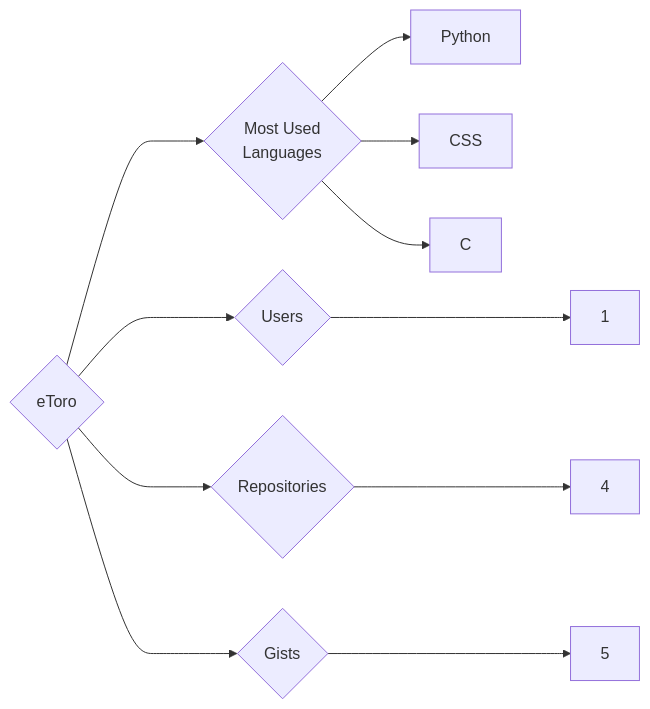
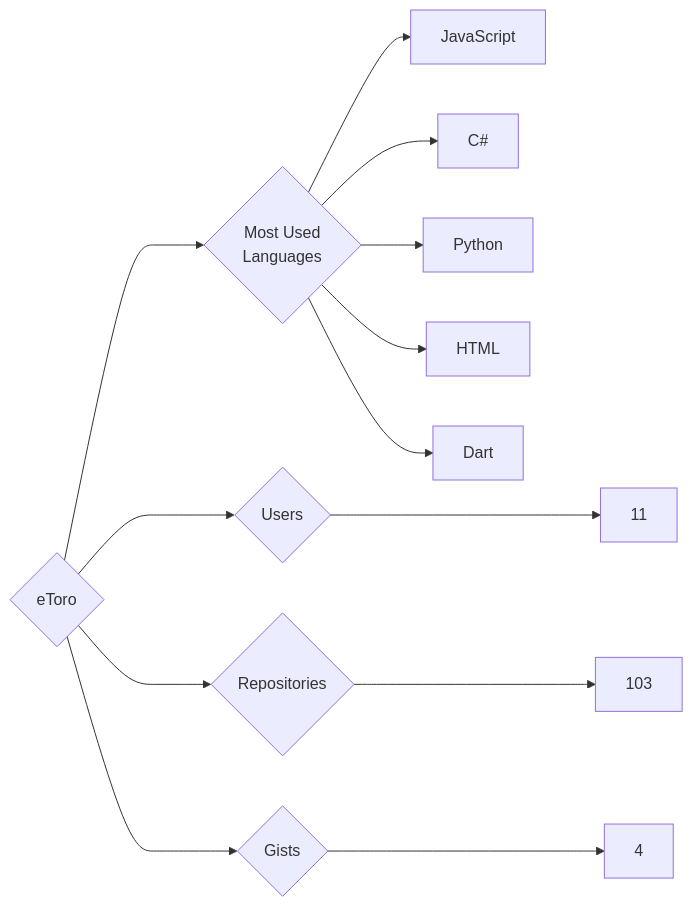
One commit to trickest/insiders changed the diagram in targets/eToro/README.md. Above: the diagram before and after it, drawn with Mermaid. The commit also changed 814 other files, not shown here.

````diff
--- a/targets/eToro/README.md
+++ b/targets/eToro/README.md
@@ -3,11 +3,13 @@
 ```mermaid
 graph LR
 COMPANY_NAME{eToro}
-COMPANY_NAME ---> U{Users} ---> UN[1]
-COMPANY_NAME ---> R{Repositories} ---> RN[4]
-COMPANY_NAME ---> G{Gists} ---> GN[5]
+COMPANY_NAME ---> U{Users} ---> UN[11]
+COMPANY_NAME ---> R{Repositories} ---> RN[103]
+COMPANY_NAME ---> G{Gists} ---> GN[4]
 COMPANY_NAME ---> ML{Most Used<br>Languages}
+ML --> JavaScript[JavaScript]
+ML --> C#[C#]
 ML --> Python[Python]
-ML --> CSS[CSS]
-ML --> C[C]
+ML --> HTML[HTML]
+ML --> Dart[Dart]
 ```
````
